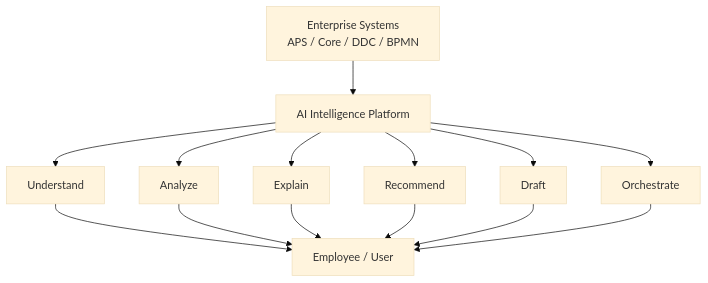
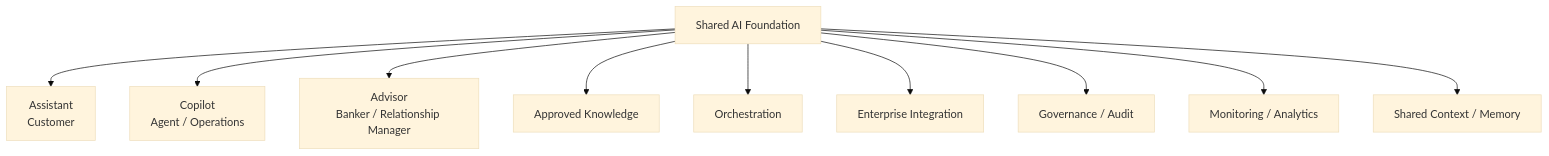
Before and after one commit to Milancho/ai-engineering-playbook: the second of 15 diagrams in docs/AI-Intelligence-Platform-Overview.md, drawn with Mermaid (base theme). The commit also changed other lines of this file, not shown here.

Commit message:
docs: refine big picture with connected Assistant Copilot Advisor model

````diff
--- a/docs/AI-Intelligence-Platform-Overview.md
+++ b/docs/AI-Intelligence-Platform-Overview.md
@@ -10,16 +27,14 @@
 ```mermaid
-flowchart TD
-    A[Enterprise Systems<br/>APS / Core / DDC / BPMN] --> B[AI Intelligence Platform]
-    B --> C[Understand]
-    B --> D[Analyze]
-    B --> E[Explain]
-    B --> F[Recommend]
-    B --> G[Draft]
-    B --> H[Orchestrate]
-    C --> I[Employee / User]
-    D --> I
-    E --> I
-    F --> I
-    G --> I
-    H --> I
+flowchart TB
+    F[Shared AI Foundation]
+    F --> A[Assistant<br/>Customer]
+    F --> C[Copilot<br/>Agent / Operations]
+    F --> D[Advisor<br/>Banker / Relationship Manager]
+
+    F --> K[Approved Knowledge]
+    F --> O[Orchestration]
+    F --> I[Enterprise Integration]
+    F --> G[Governance / Audit]
+    F --> M[Monitoring / Analytics]
+    F --> X[Shared Context / Memory]
 ```
````
